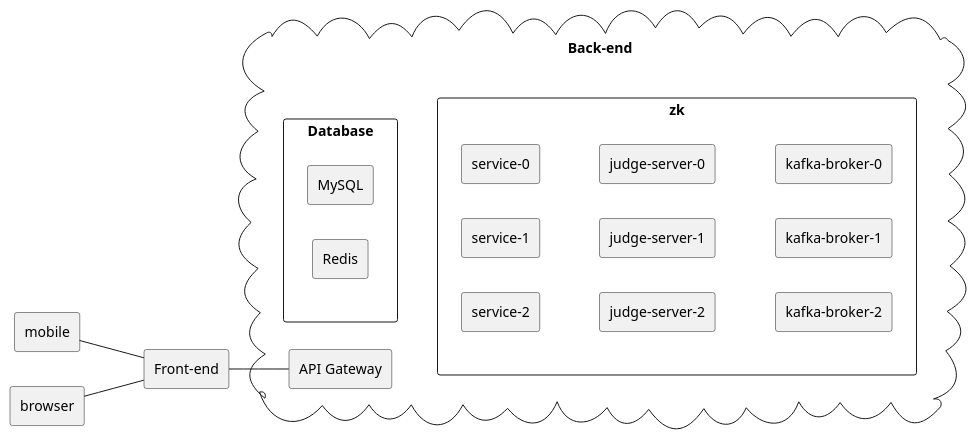
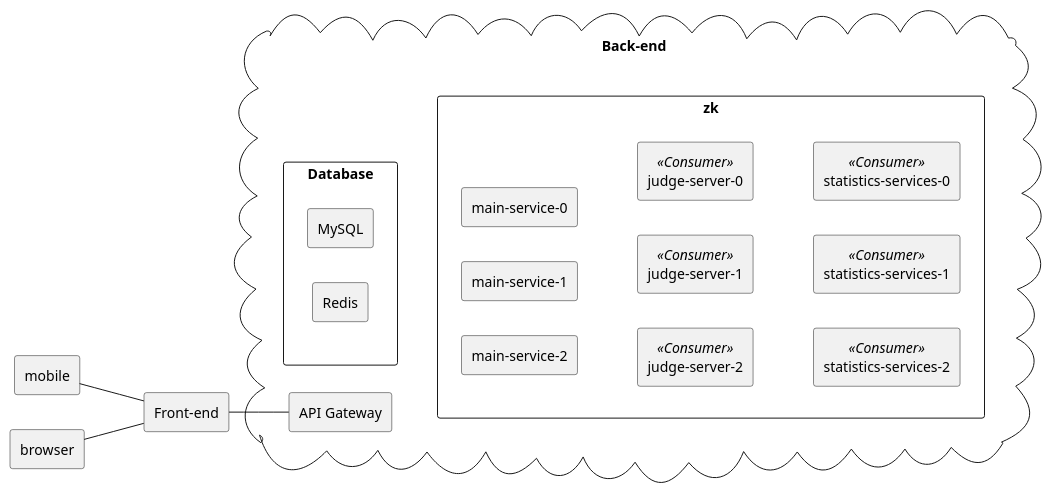
One commit to shuoj/diagram changed the diagram in deployment-diagram/system-design.puml. Above: the diagram before and after it, drawn with PlantUML. The commit also changed 4 other files, not shown here.

Commit message:
feat: update system design diagram

```diff
--- a/deployment-diagram/system-design.puml
+++ b/deployment-diagram/system-design.puml
@@ -1,48 +1,48 @@
 @startuml system-design
 
 left to right direction
 
 agent mobile
 agent browser
 
 rectangle "Front-end" as fe
 
 
 mobile -- fe
 browser -- fe
 
 
 cloud "Back-end\n" as be {
 
     rectangle "API Gateway"as gw
 
     gw -[hidden]- zk
 
     rectangle ZooKeeper as zk {
-        rectangle "service-2"
-        rectangle "service-1"
-        rectangle "service-0"
-        rectangle "judge-server-2"
-        rectangle "judge-server-1"
-        rectangle "judge-server-0"
-        rectangle "kafka-broker-2"
-        rectangle "kafka-broker-1"
-        rectangle "kafka-broker-0"
+        rectangle "main-service-2"
+        rectangle "main-service-1"
+        rectangle "main-service-0"
+        rectangle "judge-server-2" <<Consumer>>
+        rectangle "judge-server-1" <<Consumer>>
+        rectangle "judge-server-0" <<Consumer>>
+        rectangle "statistics-services-2" <<Consumer>>
+        rectangle "statistics-services-1" <<Consumer>>
+        rectangle "statistics-services-0" <<Consumer>>
     }
 
     rectangle "Database" as db {
         rectangle MySQL
         rectangle Redis
     }
 
     db -[hidden]- zk
 }
 
 fe -- gw
 
 
 
 
 
 
 @enduml
```
